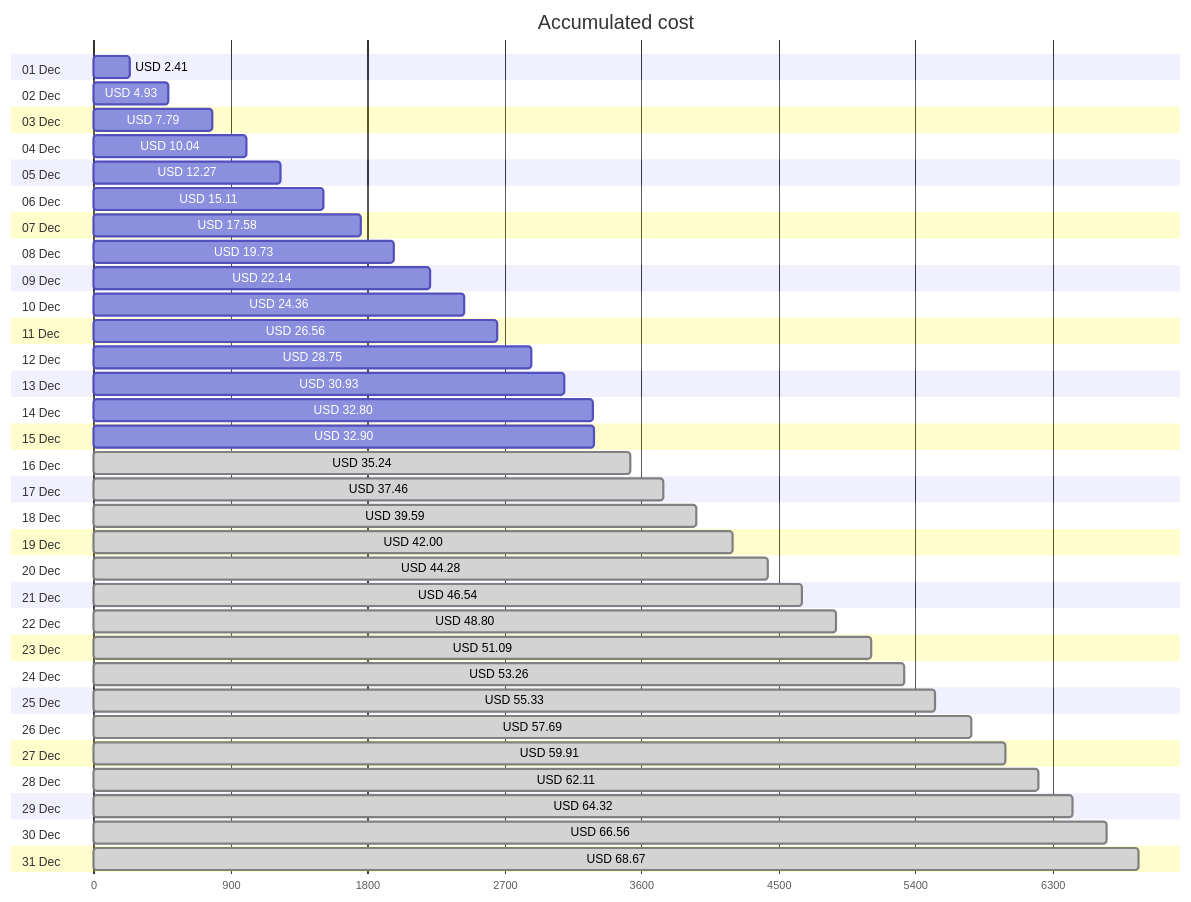
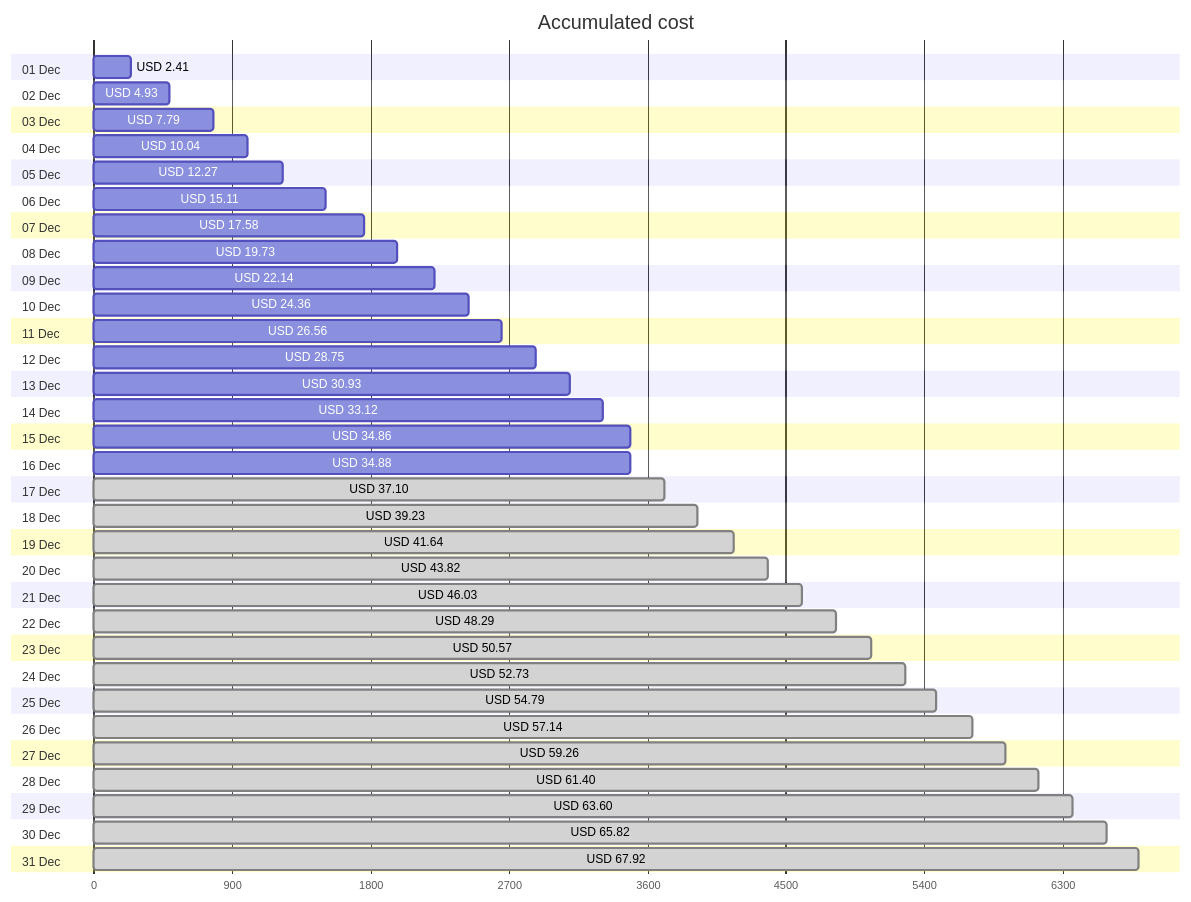
The first of 4 diagrams in cost-reports/accumulated-cost.md (jpfulton/azure-personal-reports), drawn with Mermaid before and after one commit. The commit also changed other lines of this file and 4 other files, not shown here.

````diff
--- a/cost-reports/accumulated-cost.md
+++ b/cost-reports/accumulated-cost.md
@@ -20,68 +20,68 @@
 ```mermaid
 gantt
    title Accumulated cost
    dateFormat  X
    axisFormat %s
    section 01 Dec
    USD 2.41 :0, 241
    section 02 Dec
    USD 4.93 :0, 493
    section 03 Dec
    USD 7.79 :0, 779
    section 04 Dec
    USD 10.04 :0, 1004
    section 05 Dec
    USD 12.27 :0, 1227
    section 06 Dec
    USD 15.11 :0, 1511
    section 07 Dec
    USD 17.58 :0, 1758
    section 08 Dec
    USD 19.73 :0, 1973
    section 09 Dec
    USD 22.14 :0, 2214
    section 10 Dec
    USD 24.36 :0, 2436
    section 11 Dec
    USD 26.56 :0, 2656
    section 12 Dec
    USD 28.75 :0, 2875
    section 13 Dec
    USD 30.93 :0, 3093
    section 14 Dec
-   USD 32.80 :0, 3280
+   USD 33.12 :0, 3312
    section 15 Dec
-   USD 32.90 :0, 3290
+   USD 34.86 :0, 3486
    section 16 Dec
-   USD 35.24 : done, 0, 3524
+   USD 34.88 :0, 3488
    section 17 Dec
-   USD 37.46 : done, 0, 3746
+   USD 37.10 : done, 0, 3710
    section 18 Dec
-   USD 39.59 : done, 0, 3959
+   USD 39.23 : done, 0, 3923
    section 19 Dec
-   USD 42.00 : done, 0, 4200
+   USD 41.64 : done, 0, 4164
    section 20 Dec
-   USD 44.28 : done, 0, 4428
+   USD 43.82 : done, 0, 4382
    section 21 Dec
-   USD 46.54 : done, 0, 4654
+   USD 46.03 : done, 0, 4603
    section 22 Dec
-   USD 48.80 : done, 0, 4880
+   USD 48.29 : done, 0, 4829
    section 23 Dec
-   USD 51.09 : done, 0, 5109
+   USD 50.57 : done, 0, 5057
    section 24 Dec
-   USD 53.26 : done, 0, 5326
+   USD 52.73 : done, 0, 5273
    section 25 Dec
-   USD 55.33 : done, 0, 5533
+   USD 54.79 : done, 0, 5479
    section 26 Dec
-   USD 57.69 : done, 0, 5769
+   USD 57.14 : done, 0, 5714
    section 27 Dec
-   USD 59.91 : done, 0, 5991
+   USD 59.26 : done, 0, 5926
    section 28 Dec
-   USD 62.11 : done, 0, 6211
+   USD 61.40 : done, 0, 6140
    section 29 Dec
-   USD 64.32 : done, 0, 6432
+   USD 63.60 : done, 0, 6360
    section 30 Dec
-   USD 66.56 : done, 0, 6656
+   USD 65.82 : done, 0, 6582
    section 31 Dec
-   USD 68.67 : done, 0, 6867
+   USD 67.92 : done, 0, 6792
 ```
````
